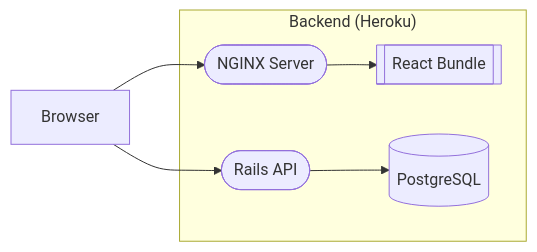
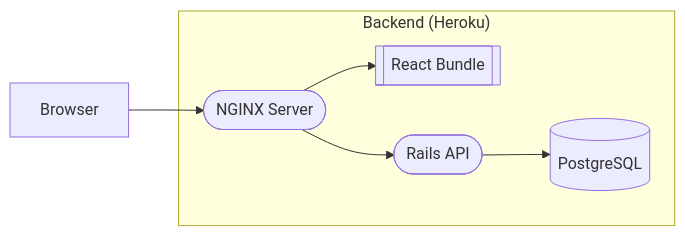
Before and after one commit to tuning-fork/boilerplate: the diagram in docs/DEPLOYMENT.md, drawn with Mermaid. The commit also changed other lines of this file, not shown here.

Commit message:
Update docs to include reverse proxy change

````diff
--- a/docs/DEPLOYMENT.md
+++ b/docs/DEPLOYMENT.md
@@ -7,10 +7,12 @@
 ```mermaid
 flowchart LR
   subgraph backend ["Backend (Heroku)"]
-    nginx([NGINX Server]) --> bundle[[React Bundle]]
+    bundle[[React Bundle]]
     api([Rails API]) --> db[(PostgreSQL)]
+    nginx([NGINX Server])
+    nginx --> bundle
+    nginx --> api
   end
   browser[Browser]
   browser --> nginx
-  browser --> api
 ```
````
